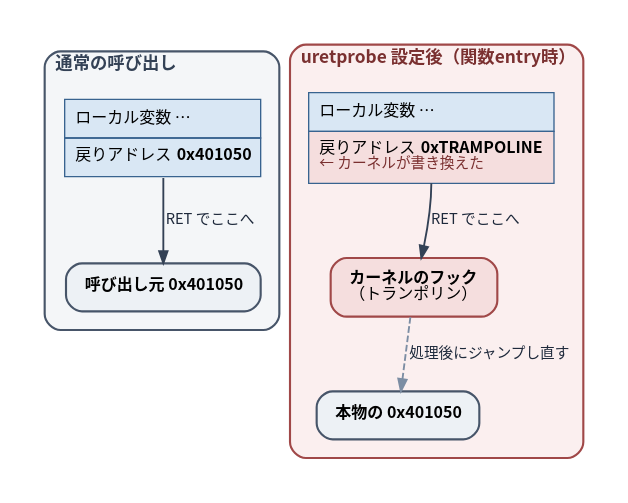
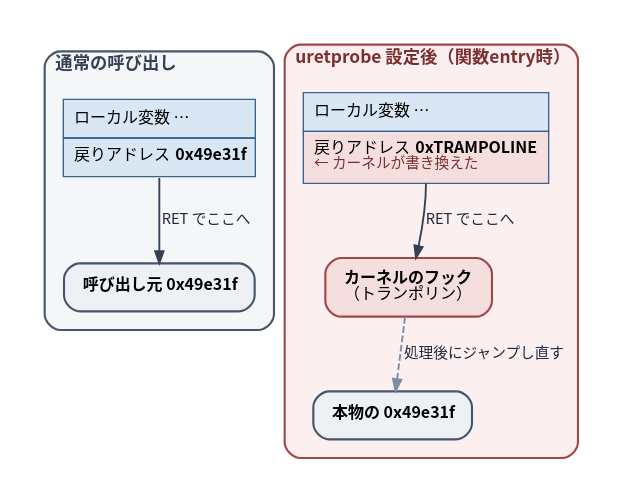
The diagram in diagrams/go-ebpf-primer/20260820-uretprobe-rewrite.dot (ymotongpoo/zenn.dev), drawn with Graphviz before and after one commit. The commit also changed 74 other files, not shown here.

```diff
--- a/diagrams/go-ebpf-primer/20260820-uretprobe-rewrite.dot
+++ b/diagrams/go-ebpf-primer/20260820-uretprobe-rewrite.dot
@@ -1,54 +1,54 @@
-// 図1: uretprobe による戻りアドレスの書き換え
-digraph fig1 {
+// uretprobe による戻りアドレスの書き換え
+digraph uretprobe_rewrite {
   graph [
     fontname="Harano Aji Gothic,Noto Sans CJK JP,IPAGothic", fontsize=13,
     rankdir=TB, compound=true, splines=true,
     nodesep=0.45, ranksep=0.6, pad=0.25,
     bgcolor="white", newrank=true
   ];
   node [
     fontname="Harano Aji Gothic,Noto Sans CJK JP,IPAGothic", fontsize=12,
     shape=box, style="rounded,filled",
     fillcolor="#F1F5F9", color="#475569", penwidth=1.6,
     margin="0.2,0.14"
   ];
   edge [
     fontname="Harano Aji Gothic,Noto Sans CJK JP,IPAGothic", fontsize=11,
     color="#334155", penwidth=1.4, arrowsize=0.9,
     fontcolor="#1E293B"
   ];
 
   subgraph cluster_normal {
     label=<<b>通常の呼び出し</b>>;
     style="rounded"; labeljust="l"; penwidth=1.6; margin=14;
     color="#475569"; fontcolor="#334155"; bgcolor="#F4F6F8";
 
     stack_n [shape=plain, style="", label=<
       <table border="0" cellborder="1" cellspacing="0" cellpadding="7" color="#38638F" bgcolor="#D9E7F4">
         <tr><td align="left">ローカル変数 …</td></tr>
-        <tr><td align="left" port="ra">戻りアドレス <b>0x401050</b></td></tr>
+        <tr><td align="left" port="ra">戻りアドレス <b>0x49e31f</b></td></tr>
       </table>>];
-    caller_n [label=<<b>呼び出し元 0x401050</b>>, fillcolor="#EDF1F5"];
+    caller_n [label=<<b>呼び出し元 0x49e31f</b>>, fillcolor="#EDF1F5"];
     stack_n:ra:s -> caller_n [label=" RET でここへ"];
   }
 
   subgraph cluster_uret {
     label=<<b>uretprobe 設定後（関数entry時）</b>>;
     style="rounded"; labeljust="l"; penwidth=1.6; margin=14;
     color="#A04848"; fontcolor="#7A3030"; bgcolor="#FBEFEF";
 
     stack_u [shape=plain, style="", label=<
       <table border="0" cellborder="1" cellspacing="0" cellpadding="7" color="#38638F" bgcolor="#D9E7F4">
         <tr><td align="left">ローカル変数 …</td></tr>
         <tr><td align="left" port="ra" bgcolor="#F5DEDE">戻りアドレス <b>0xTRAMPOLINE</b><br align="left"/><font color="#7A3030" point-size="11">← カーネルが書き換えた</font><br align="left"/></td></tr>
       </table>>];
     hook [label=<<b>カーネルのフック</b><br align="left"/>（トランポリン）<br align="left"/>>,
           fillcolor="#F5DEDE", color="#A04848"];
-    caller_u [label=<<b>本物の 0x401050</b>>, fillcolor="#EDF1F5"];
+    caller_u [label=<<b>本物の 0x49e31f</b>>, fillcolor="#EDF1F5"];
 
     stack_u:ra:s -> hook [label=" RET でここへ"];
     hook -> caller_u [label=" 処理後にジャンプし直す", style=dashed, color="#7C8DA3"];
   }
 
   { rank=same; stack_n; stack_u; }
 }
```
